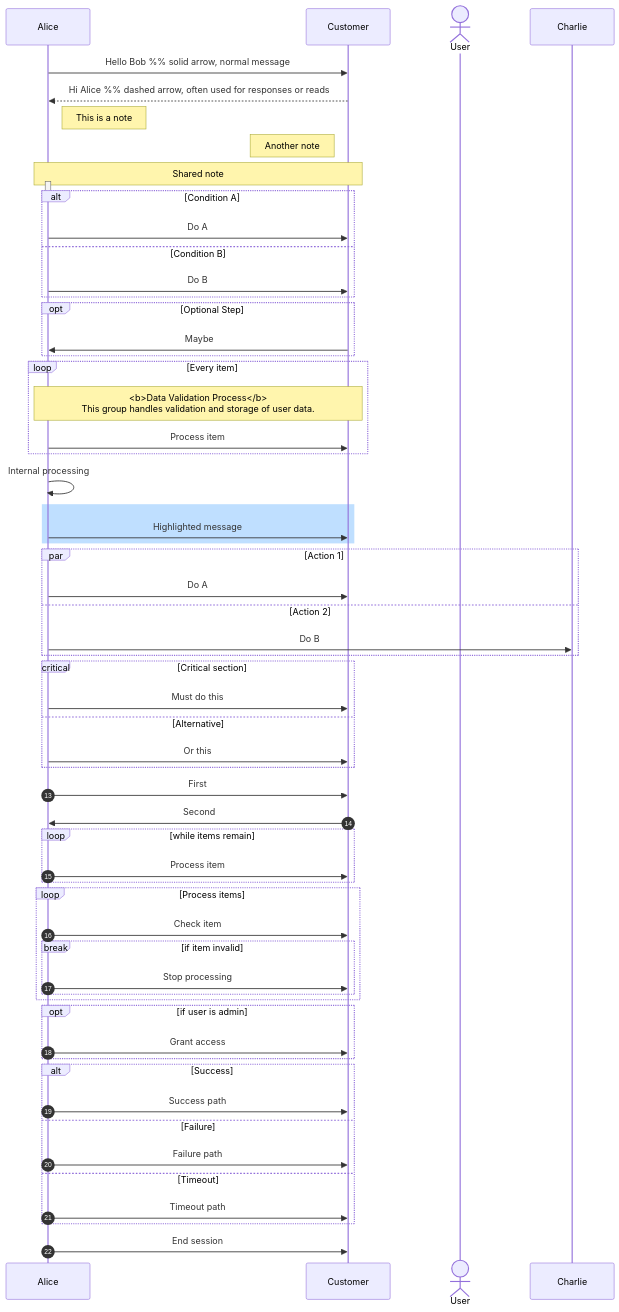
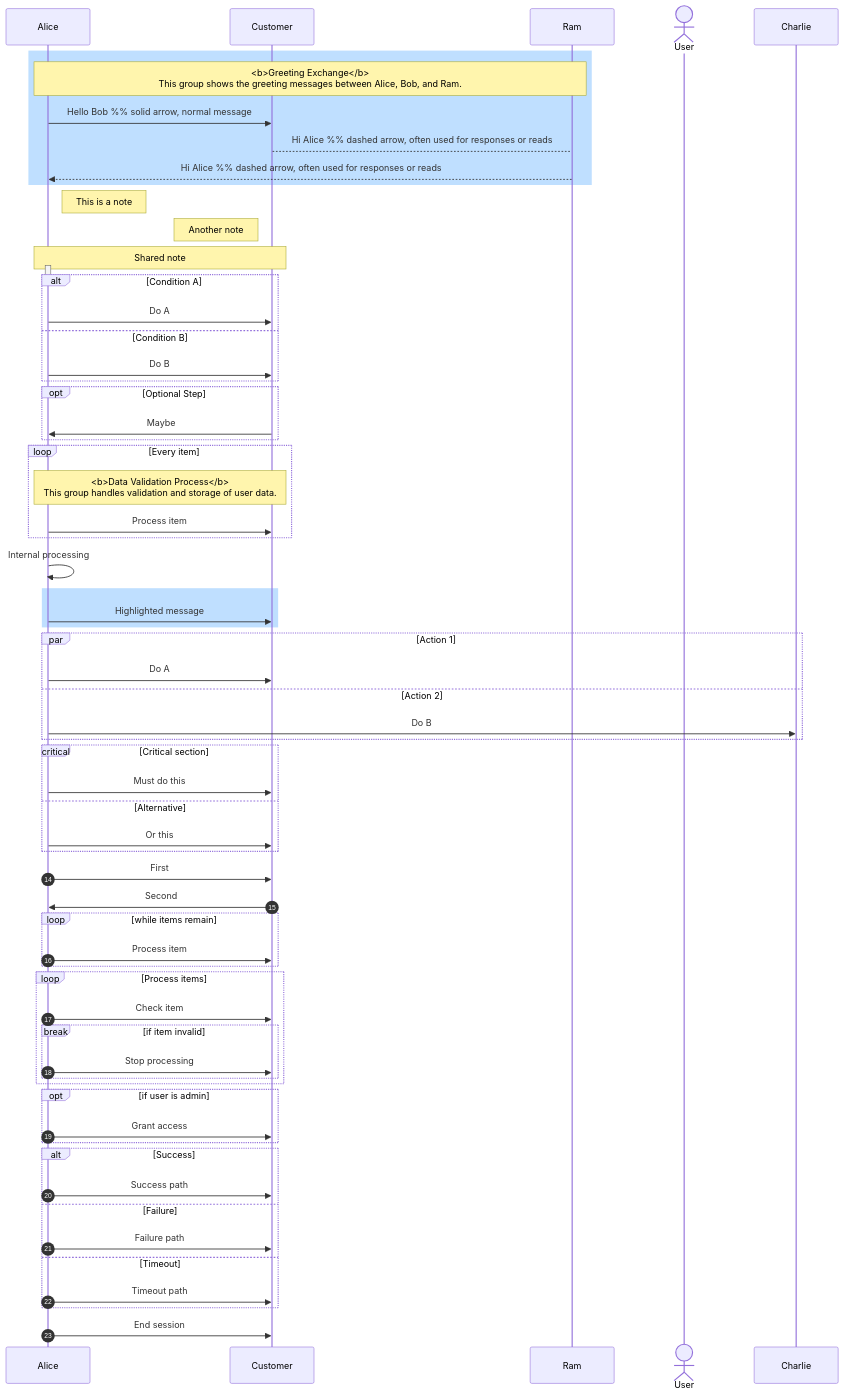
One commit to dharmana-prasanna/python-multiple-dbs changed the diagram in README.md. Above: the diagram before and after it, drawn with Mermaid.

```diff
--- a/README.md
+++ b/README.md
@@ -210,11 +210,16 @@
 sequenceDiagram
 participant Alice
 participant Bob as Customer
+participant Ram
 actor User
 
-%% This is a comment
-Alice->>Bob: Hello Bob   %% solid arrow, normal message
-Bob-->>Alice: Hi Alice   %% dashed arrow, often used for responses or reads
+rect rgb(191, 223, 255)
+    Note over Alice,Ram: <b>Greeting Exchange</b><br/>This group shows the greeting messages between Alice, Bob, and Ram.
+    Alice->>Bob: Hello Bob   %% solid arrow, normal message
+    Bob-->Ram: Hi Alice   %% dashed arrow, often used for responses or reads
+    Ram-->>Alice: Hi Alice   %% dashed arrow, often used for responses or reads
+end
+
 
 note right of Alice: This is a note
 note left of Bob: Another note
```
